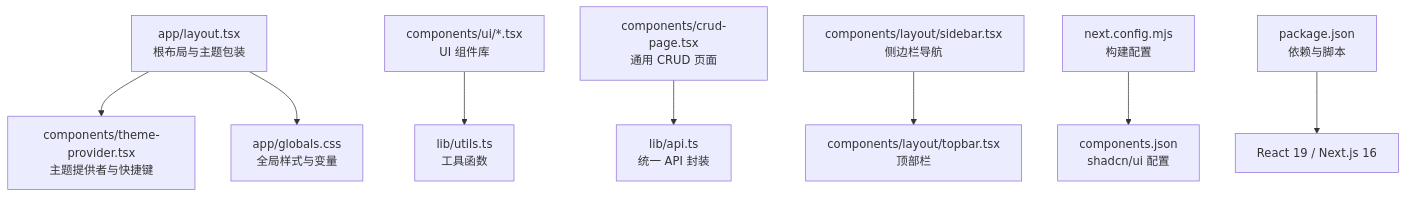
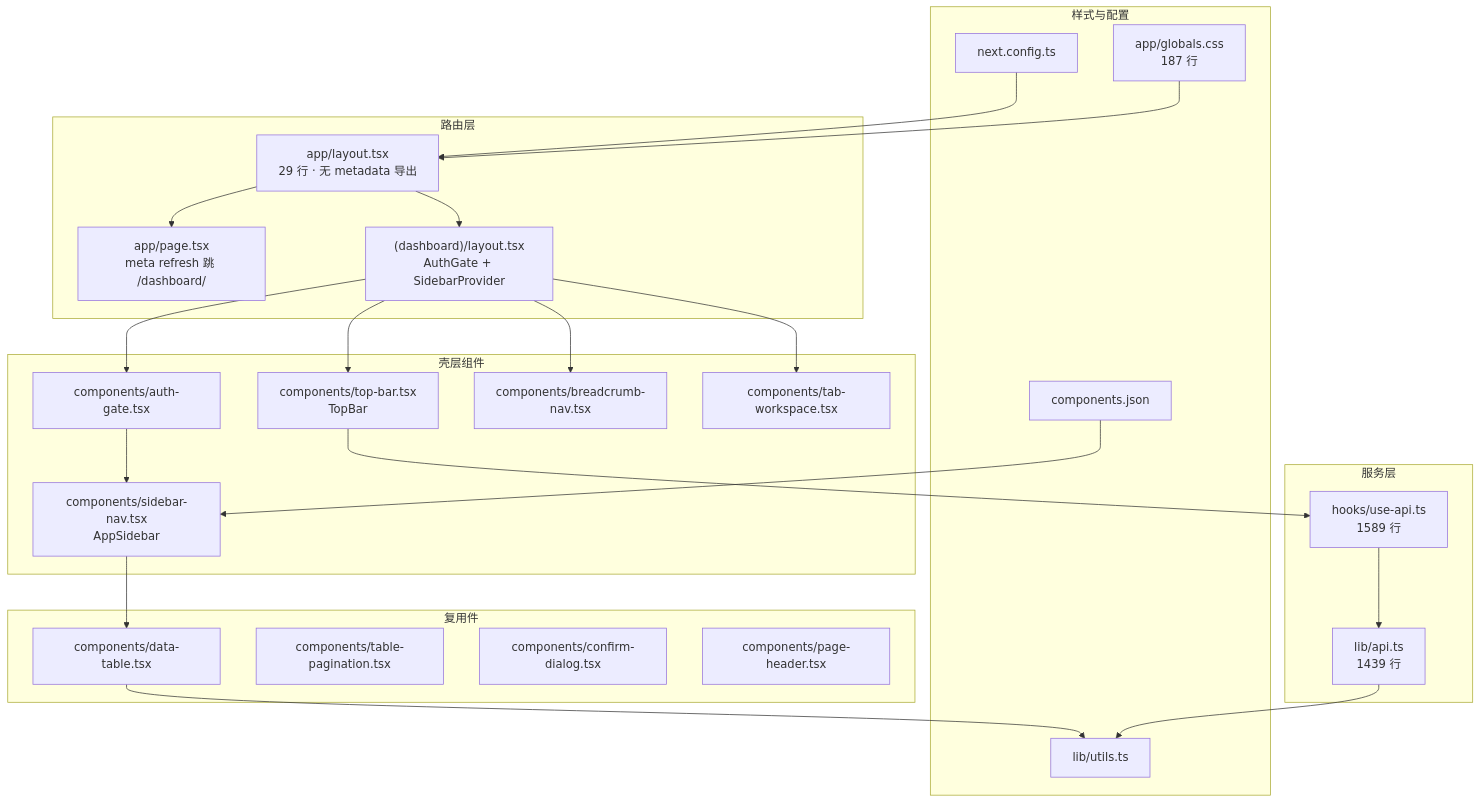
One commit to x01n/My-OpenWaf changed the first of 9 diagrams in docs/前端管理界面/前端管理界面.md. Above: the diagram before and after it, drawn with Mermaid. The commit also changed other lines of this file and 622 other files, not shown here.

````diff
--- a/docs/前端管理界面/前端管理界面.md
+++ b/docs/前端管理界面/前端管理界面.md
@@ -76,10 +125,45 @@
 ```mermaid
 graph TB
-A["app/layout.tsx<br/>根布局与主题包装"] --> B["components/theme-provider.tsx<br/>主题提供者与快捷键"]
-A --> C["app/globals.css<br/>全局样式与变量"]
-D["components/ui/*.tsx<br/>UI 组件库"] --> E["lib/utils.ts<br/>工具函数"]
-F["components/crud-page.tsx<br/>通用 CRUD 页面"] --> G["lib/api.ts<br/>统一 API 封装"]
-H["components/layout/sidebar.tsx<br/>侧边栏导航"] --> I["components/layout/topbar.tsx<br/>顶部栏"]
-J["next.config.mjs<br/>构建配置"] --> K["components.json<br/>shadcn/ui 配置"]
-L["package.json<br/>依赖与脚本"] --> M["React 19 / Next.js 16"]
+  subgraph "路由层"
+    ROOT["app/layout.tsx<br/>29 行 · 无 metadata 导出"]
+    HOME["app/page.tsx<br/>meta refresh 跳 /dashboard/"]
+    DASH["(dashboard)/layout.tsx<br/>AuthGate + SidebarProvider"]
+  end
+  subgraph "壳层组件"
+    GATE["components/auth-gate.tsx"]
+    SB["components/sidebar-nav.tsx<br/>AppSidebar"]
+    TB["components/top-bar.tsx<br/>TopBar"]
+    BC["components/breadcrumb-nav.tsx"]
+    TW["components/tab-workspace.tsx"]
+  end
+  subgraph "复用件"
+    DT["components/data-table.tsx"]
+    TP["components/table-pagination.tsx"]
+    CD["components/confirm-dialog.tsx"]
+    PH["components/page-header.tsx"]
+  end
+  subgraph "服务层"
+    HK["hooks/use-api.ts<br/>1589 行"]
+    AP["lib/api.ts<br/>1439 行"]
+  end
+  subgraph "样式与配置"
+    GC["app/globals.css<br/>187 行"]
+    NC["next.config.ts"]
+    CJ["components.json"]
+    UT["lib/utils.ts"]
+  end
+  ROOT --> HOME
+  ROOT --> DASH
+  DASH --> GATE --> SB
+  DASH --> TB
+  DASH --> BC
+  DASH --> TW
+  SB --> DT
+  TB --> HK
+  DT --> UT
+  HK --> AP
+  NC --> ROOT
+  CJ --> SB
+  GC --> ROOT
+  AP --> UT
 ```
````
